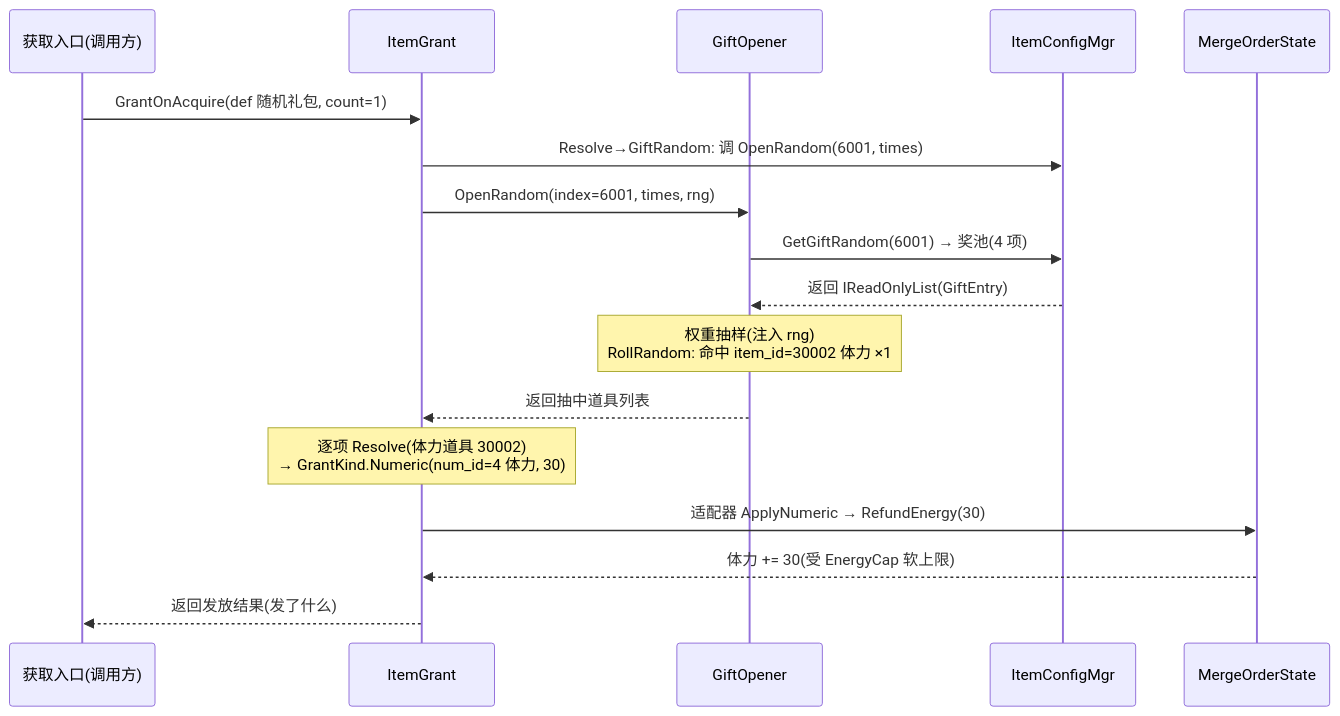
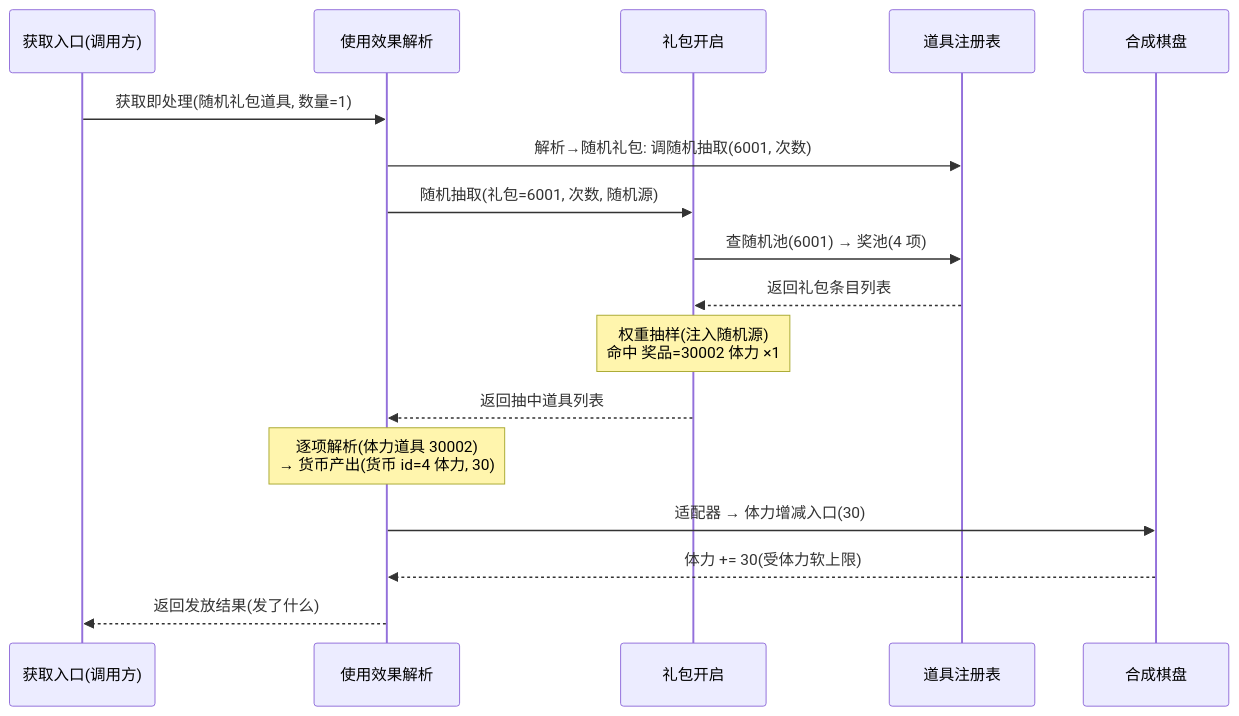
One commit to zhoupeng921101/TEngine_zp changed the second of 2 diagrams in UnityProject/design-docs/16-item-system.md. Above: the diagram before and after it, drawn with Mermaid. The commit also changed other lines of this file and 20 other files, not shown here.

````diff
--- a/UnityProject/design-docs/16-item-system.md
+++ b/UnityProject/design-docs/16-item-system.md
@@ -400,19 +335,19 @@
 ```mermaid
 sequenceDiagram
     participant E as 获取入口(调用方)
-    participant G as ItemGrant
-    participant O as GiftOpener
-    participant C as ItemConfigMgr
-    participant M as MergeOrderState
-    E->>G: GrantOnAcquire(def 随机礼包, count=1)
-    G->>C: Resolve→GiftRandom: 调 OpenRandom(6001, times)
-    G->>O: OpenRandom(index=6001, times, rng)
-    O->>C: GetGiftRandom(6001) → 奖池(4 项)
-    C-->>O: 返回 IReadOnlyList(GiftEntry)
-    Note over O: 权重抽样(注入 rng)<br/>RollRandom: 命中 item_id=30002 体力 ×1
+    participant G as 使用效果解析
+    participant O as 礼包开启
+    participant C as 道具注册表
+    participant M as 合成棋盘
+    E->>G: 获取即处理(随机礼包道具, 数量=1)
+    G->>C: 解析→随机礼包: 调随机抽取(6001, 次数)
+    G->>O: 随机抽取(礼包=6001, 次数, 随机源)
+    O->>C: 查随机池(6001) → 奖池(4 项)
+    C-->>O: 返回礼包条目列表
+    Note over O: 权重抽样(注入随机源)<br/>命中 奖品=30002 体力 ×1
     O-->>G: 返回抽中道具列表
-    Note over G: 逐项 Resolve(体力道具 30002)<br/>→ GrantKind.Numeric(num_id=4 体力, 30)
-    G->>M: 适配器 ApplyNumeric → RefundEnergy(30)
-    M-->>G: 体力 += 30(受 EnergyCap 软上限)
+    Note over G: 逐项解析(体力道具 30002)<br/>→ 货币产出(货币 id=4 体力, 30)
+    G->>M: 适配器 → 体力增减入口(30)
+    M-->>G: 体力 += 30(受体力软上限)
     G-->>E: 返回发放结果(发了什么)
 ```
````
